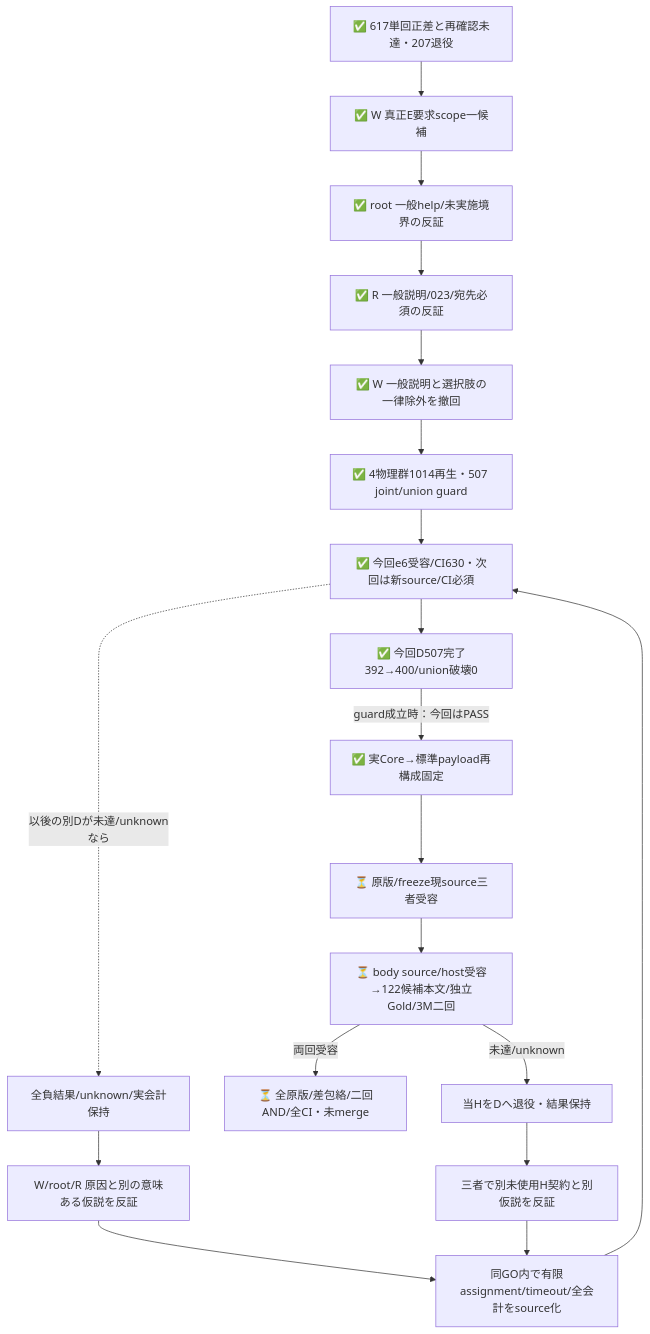
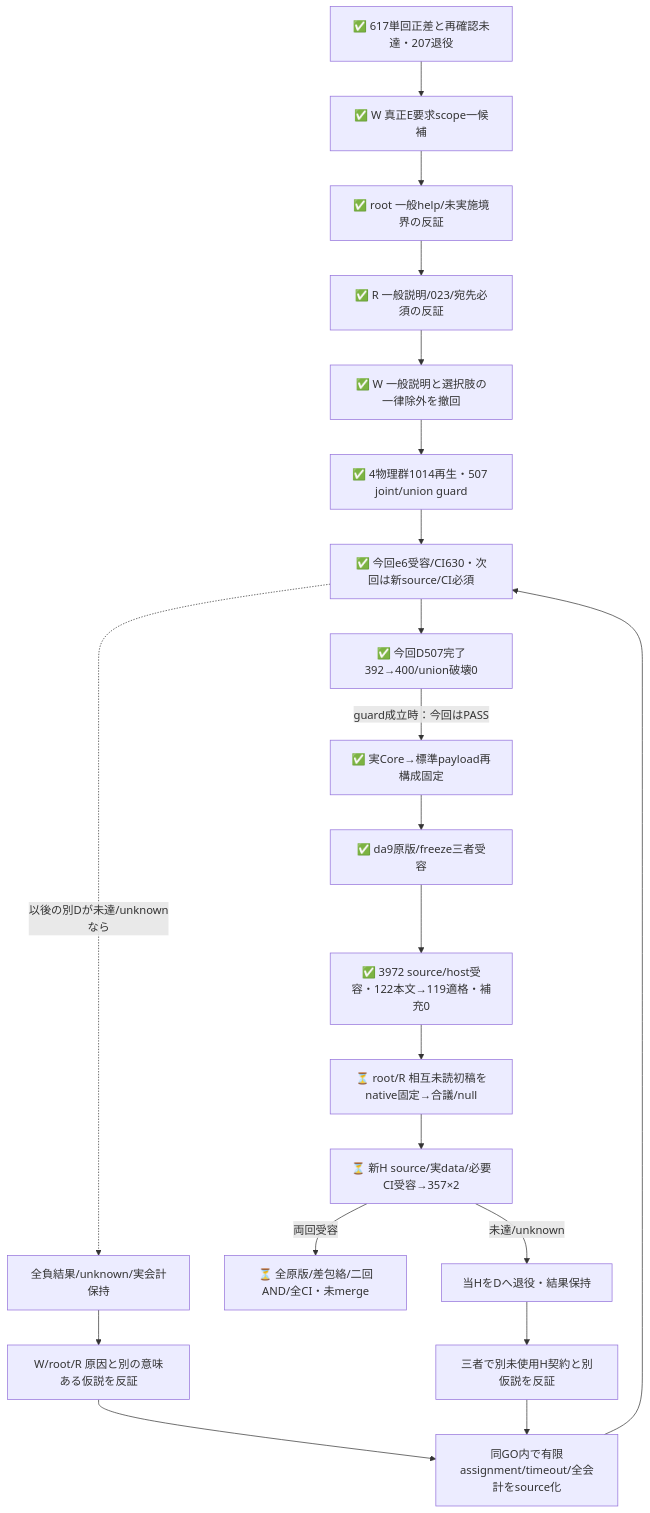
Before and after one commit to roccho-org/ops: the diagram in experiments/sys1-eval-loop/expectation/README.md, drawn with Mermaid. The commit also changed other lines of this file and 14 other files, not shown here.

````diff
--- a/experiments/sys1-eval-loop/expectation/README.md
+++ b/experiments/sys1-eval-loop/expectation/README.md
@@ -33,21 +33,23 @@
 ```mermaid
 flowchart TB
   OLD[✅ 617単回正差と再確認未達・207退役] --> CLAIM[✅ W 真正E要求scope一候補]
   CLAIM --> ROOT[✅ root 一般help/未実施境界の反証]
   ROOT --> R[✅ R 一般説明/023/宛先必須の反証]
   R --> REVISE[✅ W 一般説明と選択肢の一律除外を撤回]
   REVISE --> PURE[✅ 4物理群1014再生・507 joint/union guard]
   PURE --> ENTRY[✅ 今回e6受容/CI630・次回は新source/CI必須]
   ENTRY --> D[✅ 今回D507完了392→400/union破壊0]
   D -->|guard成立時：今回はPASS| FREEZE[✅ 実Core→標準payload再構成固定]
-  FREEZE --> REVIEW[⏳ 原版/freeze現source三者受容]
-  REVIEW --> H[⏳ body source/host受容→122候補本文/独立Gold/3M二回]
+  FREEZE --> REVIEW[✅ da9原版/freeze三者受容]
+  REVIEW --> BODY[✅ 3972 source/host受容・122本文→119適格・補充0]
+  BODY --> GOLD[⏳ root/R 相互未読初稿をnative固定→合議/null]
+  GOLD --> H[⏳ 新H source/実data/必要CI受容→357×2]
   ENTRY -. 以後の別Dが未達/unknownなら .-> KEEP[全負結果/unknown/実会計保持]
   KEEP --> COUNTER[W/root/R 原因と別の意味ある仮説を反証]
   COUNTER --> CONTRACT[同GO内で有限assignment/timeout/全会計をsource化]
   CONTRACT --> ENTRY
   H -->|両回受容| END[⏳ 全原版/差包絡/二回AND/全CI・未merge]
   H -->|未達/unknown| RETIRE[当HをDへ退役・結果保持]
   RETIRE --> NEW[三者で別未使用H契約と別仮説を反証]
   NEW --> CONTRACT
 ```
````
